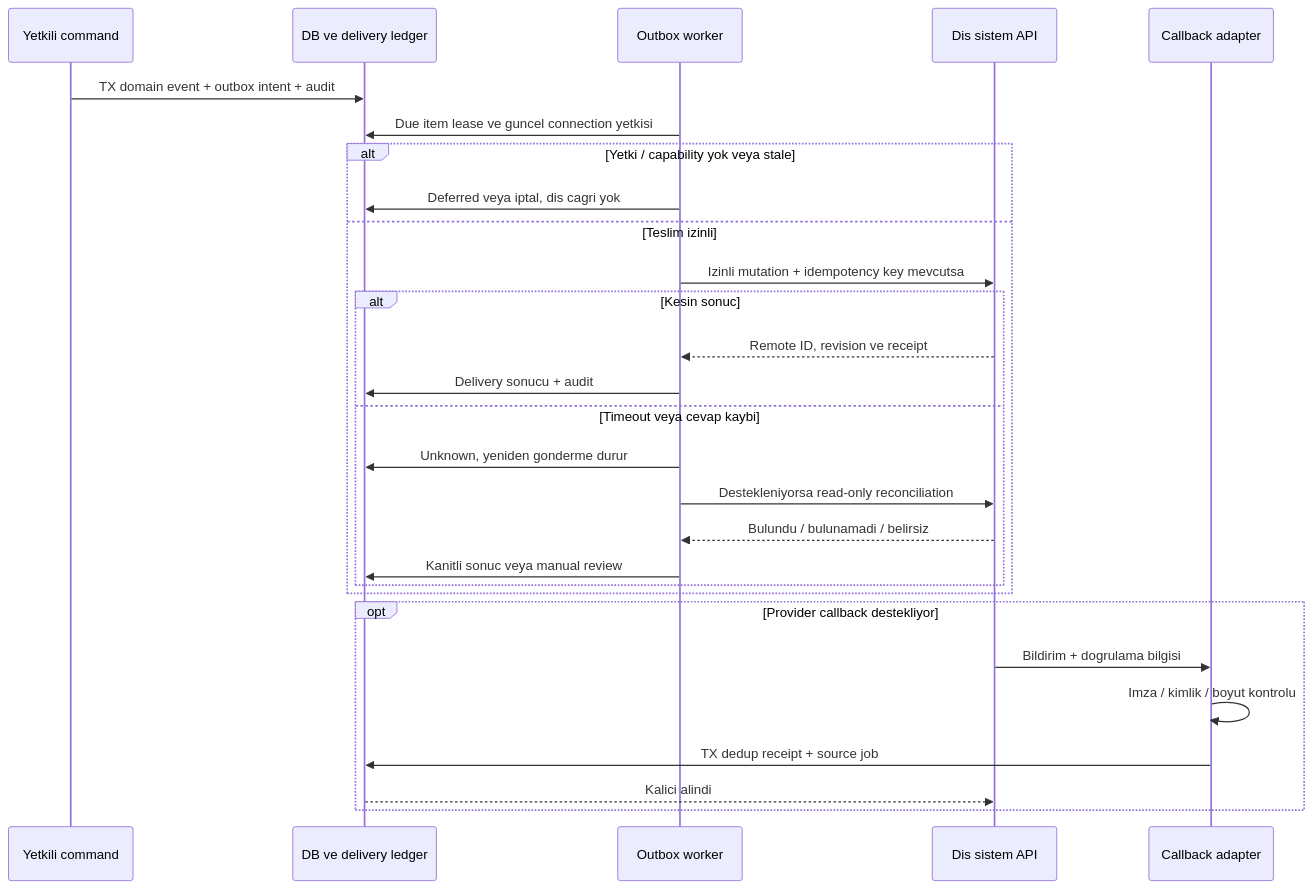
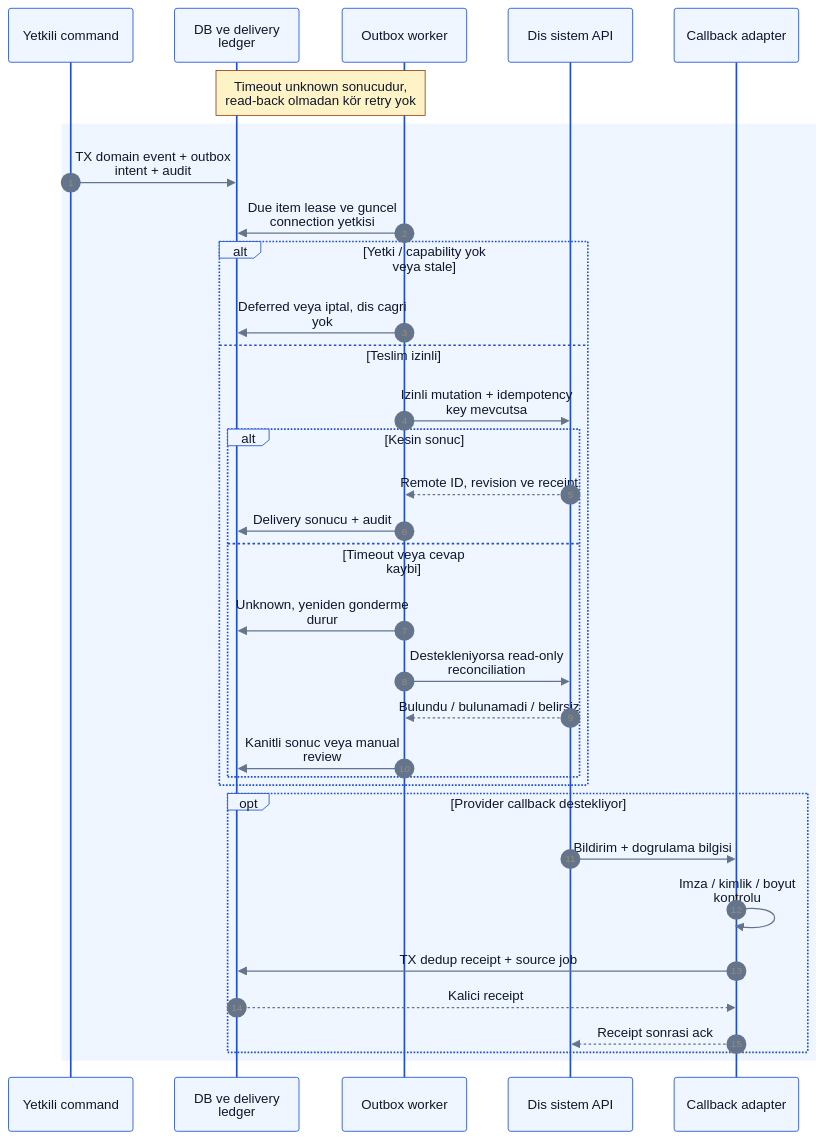
One commit to alphanAkbulut/decivora changed the third of 3 diagrams in docs/architecture/execution-and-integrations.md. Above: the diagram before and after it, drawn with Mermaid. The commit also changed other lines of this file and 21 other files, not shown here.

Commit message:
Refresh all Mermaid diagrams, clarify decision states and document rendering evidence

````diff
--- a/docs/architecture/execution-and-integrations.md
+++ b/docs/architecture/execution-and-integrations.md
@@ -168,30 +185,38 @@
 ```mermaid
+%%{init: {"theme":"base","themeVariables":{"fontFamily":"Arial, sans-serif","fontSize":"14px","primaryColor":"#eff6ff","primaryTextColor":"#0f172a","primaryBorderColor":"#1d4ed8","lineColor":"#64748b","secondaryColor":"#ccfbf1","tertiaryColor":"#f1f5f9","background":"#ffffff","mainBkg":"#eff6ff","textColor":"#0f172a","clusterBkg":"#f8fafc","clusterBorder":"#94a3b8","edgeLabelBackground":"#ffffff","actorBkg":"#eff6ff","actorTextColor":"#0f172a","actorBorder":"#1d4ed8","signalColor":"#64748b","signalTextColor":"#0f172a","noteBkgColor":"#fef3c7","noteTextColor":"#0f172a","noteBorderColor":"#92400e"},"flowchart":{"htmlLabels":false,"curve":"linear"},"sequence":{"wrap":true},"themeCSS":"background-color:#ffffff;"}}%%
 sequenceDiagram
+    accTitle: Outbox ve callback receipt
+    accDescr: Önerilen tasarım veya açıkça belirtilen sentetik örnek. Renkler alan ve kontrol türünü gösterir; implemented veya passed kanıtı değildir. Yetki, revision ve coverage sınırları korunur.
+    autonumber
     participant P as Yetkili command
     participant D as DB ve delivery ledger
     participant W as Outbox worker
     participant X as Dis sistem API
     participant C as Callback adapter
+    Note over W,D: Timeout unknown sonucudur, read-back olmadan kör retry yok
+    rect rgb(239, 246, 255)
     P->>D: TX domain event + outbox intent + audit
     W->>D: Due item lease ve guncel connection yetkisi
     alt Yetki / capability yok veya stale
         W->>D: Deferred veya iptal, dis cagri yok
     else Teslim izinli
         W->>X: Izinli mutation + idempotency key mevcutsa
         alt Kesin sonuc
             X-->>W: Remote ID, revision ve receipt
             W->>D: Delivery sonucu + audit
         else Timeout veya cevap kaybi
             W->>D: Unknown, yeniden gonderme durur
             W->>X: Destekleniyorsa read-only reconciliation
             X-->>W: Bulundu / bulunamadi / belirsiz
             W->>D: Kanitli sonuc veya manual review
         end
     end
     opt Provider callback destekliyor
         X->>C: Bildirim + dogrulama bilgisi
         C->>C: Imza / kimlik / boyut kontrolu
         C->>D: TX dedup receipt + source job
-        D-->>X: Kalici alindi
+        D-->>C: Kalici receipt
+        C-->>X: Receipt sonrasi ack
+    end
     end
 ```
````
